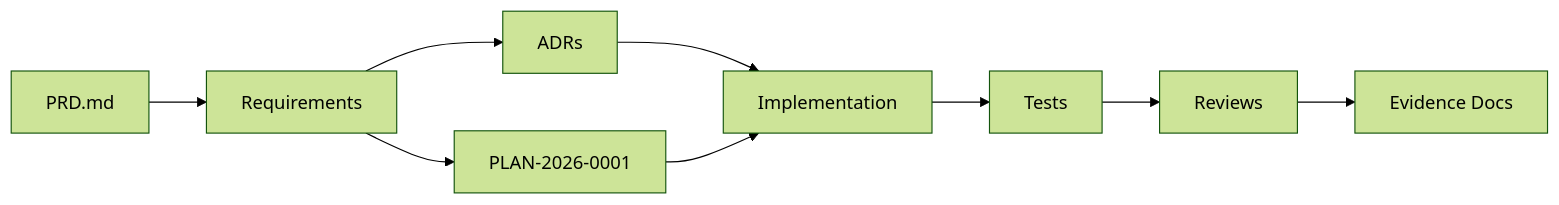
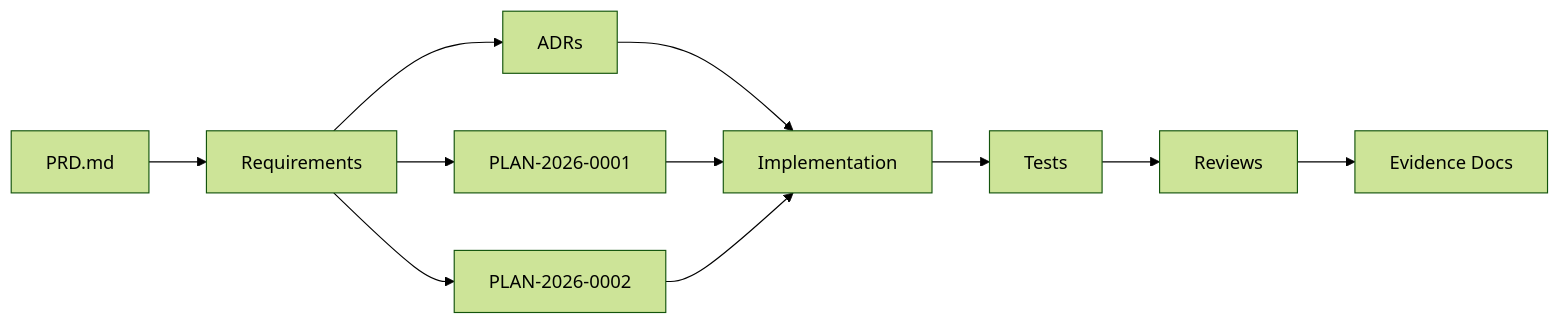
The diagram in docs/architecture/views/traceability-map.md (Sdkwork-Cloud/sdkwork-sandbox), drawn with Mermaid (forest theme) before and after one commit. The commit also changed other lines of this file and 91 other files, not shown here.

````diff
--- a/docs/architecture/views/traceability-map.md
+++ b/docs/architecture/views/traceability-map.md
@@ -15,11 +15,13 @@
 ```mermaid
 flowchart LR
     PRD[PRD.md] --> REQ[Requirements]
     REQ --> ADR[ADRs]
-    REQ --> PLAN[PLAN-2026-0001]
+    REQ --> PLAN1[PLAN-2026-0001]
+    REQ --> PLAN2[PLAN-2026-0002]
     ADR --> IMPL[Implementation]
-    PLAN --> IMPL
+    PLAN1 --> IMPL
+    PLAN2 --> IMPL
     IMPL --> TEST[Tests]
     TEST --> REVIEW[Reviews]
     REVIEW --> EVIDENCE[Evidence Docs]
 ```
````
